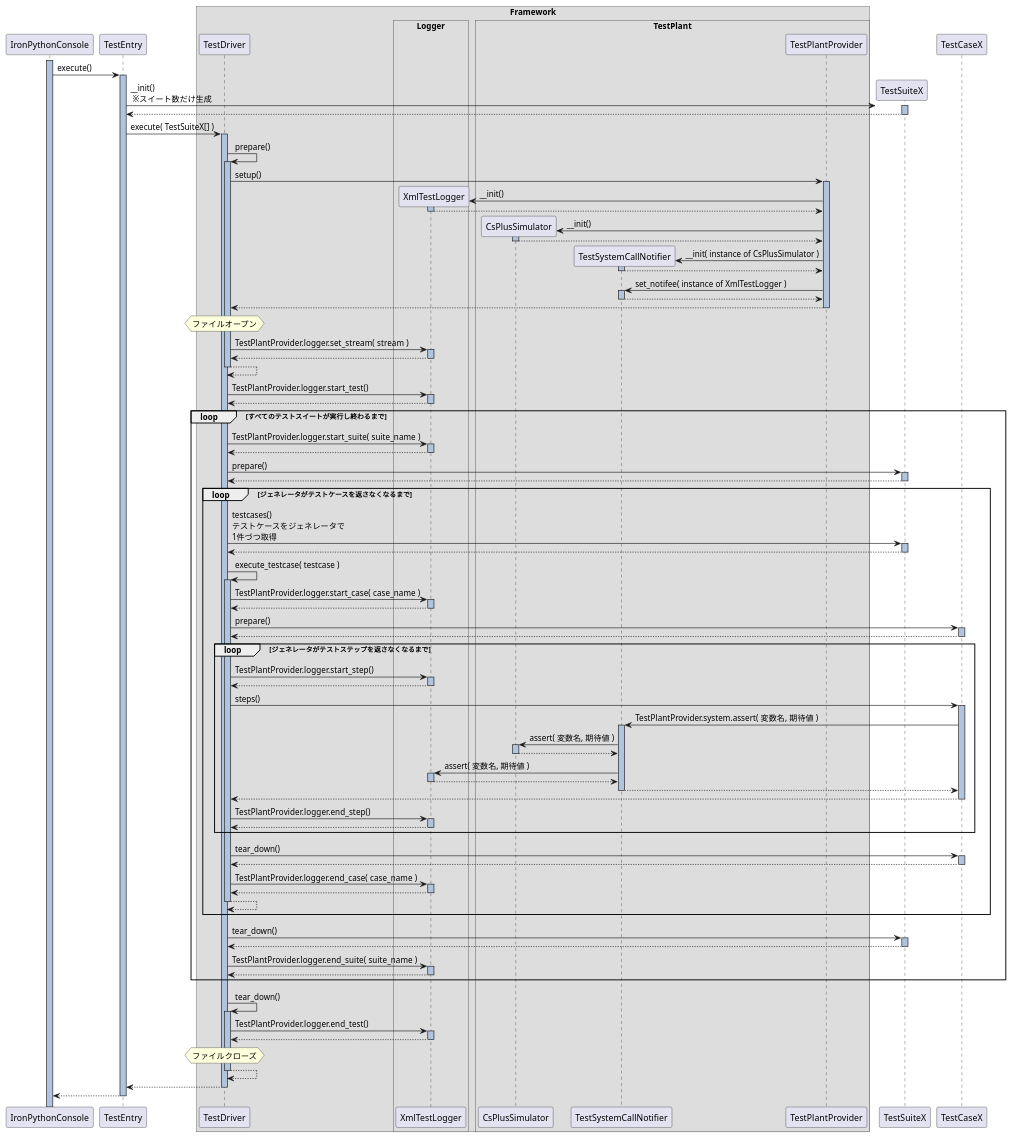
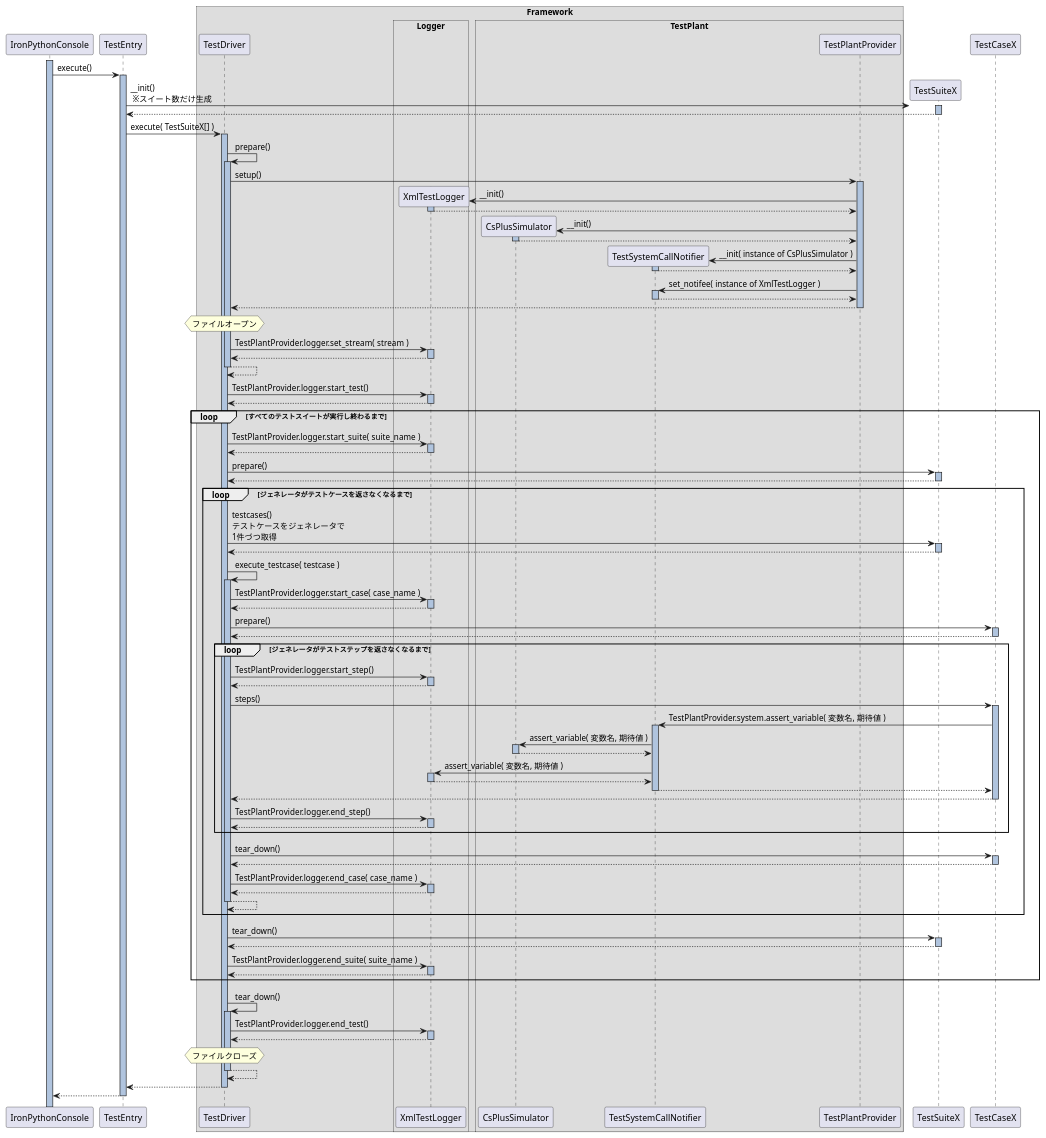
The fourth of 4 diagrams in docs/design.md (shiftdownet/itestpf), drawn with PlantUML before and after one commit. The commit also changed other lines of this file and 10 other files, not shown here.

```diff
--- a/docs/design.md
+++ b/docs/design.md
@@ -228,10 +228,10 @@
                         TestDriver -> XmlTestLogger : TestPlantProvider.logger.start_step()
                         return
                         TestDriver -> TestCaseX : steps()
-                            TestCaseX -> TestSystemCallNotifier : TestPlantProvider.system.assert( 変数名, 期待値 )
-                                TestSystemCallNotifier -> CsPlusSimulator : assert( 変数名, 期待値 )
+                            TestCaseX -> TestSystemCallNotifier : TestPlantProvider.system.assert_variable( 変数名, 期待値 )
+                                TestSystemCallNotifier -> CsPlusSimulator : assert_variable( 変数名, 期待値 )
                                 return
-                                TestSystemCallNotifier -> XmlTestLogger : assert( 変数名, 期待値 )
+                                TestSystemCallNotifier -> XmlTestLogger : assert_variable( 変数名, 期待値 )
                                 return
                             return
                         return
```
